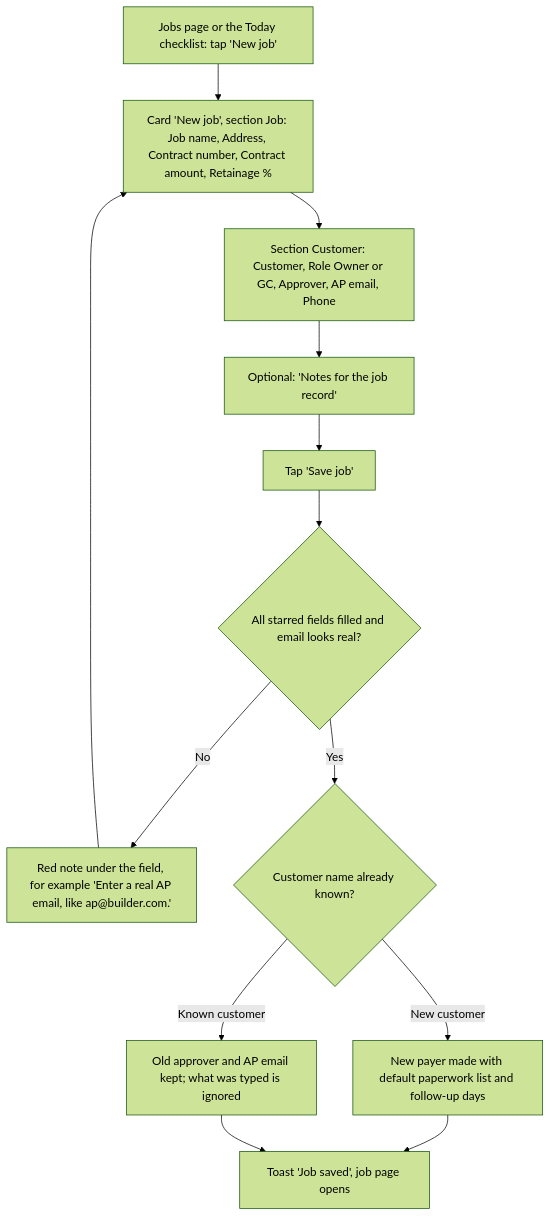
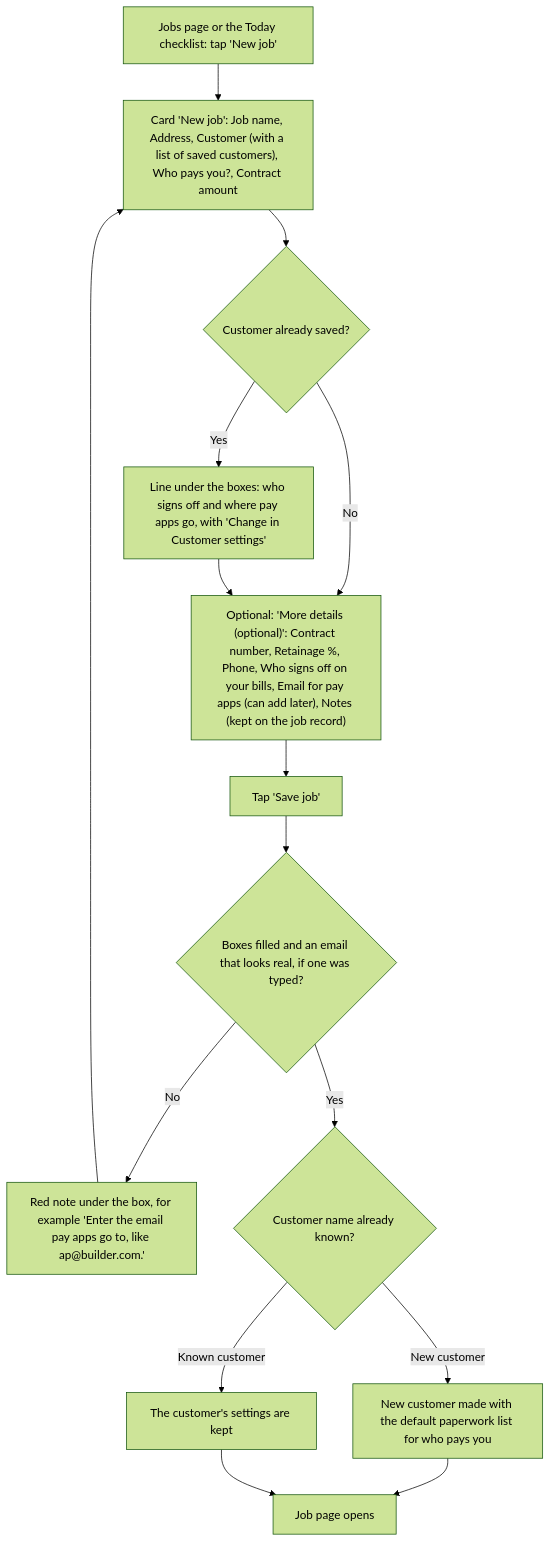
Before and after one commit to cartwrightstephen/billdable: the third of 15 diagrams in docs/client-flows.md, drawn with Mermaid (forest theme). The commit also changed other lines of this file and 15 other files, not shown here.

First line of the commit message:
Round 6: R6-11 wireframes and flows caught up with the app

````diff
--- a/docs/client-flows.md
+++ b/docs/client-flows.md
@@ -117,15 +117,17 @@
 ```mermaid
 flowchart TD
-    A["Jobs page or the Today checklist: tap 'New job'"] --> B["Card 'New job', section Job: Job name, Address, Contract number, Contract amount, Retainage %"]
-    B --> C["Section Customer: Customer, Role Owner or GC, Approver, AP email, Phone"]
-    C --> D["Optional: 'Notes for the job record'"]
+    A["Jobs page or the Today checklist: tap 'New job'"] --> B["Card 'New job': Job name, Address, Customer (with a list of saved customers), Who pays you?, Contract amount"]
+    B --> C{"Customer already saved?"}
+    C -->|"Yes"| C1["Line under the boxes: who signs off and where pay apps go, with 'Change in Customer settings'"]
+    C -->|"No"| D
+    C1 --> D["Optional: 'More details (optional)': Contract number, Retainage %, Phone, Who signs off on your bills, Email for pay apps (can add later), Notes (kept on the job record)"]
     D --> E["Tap 'Save job'"]
-    E --> F{"All starred fields filled and email looks real?"}
-    F -->|"No"| G["Red note under the field, for example 'Enter a real AP email, like ap@builder.com.'"]
+    E --> F{"Boxes filled and an email that looks real, if one was typed?"}
+    F -->|"No"| G["Red note under the box, for example 'Enter the email pay apps go to, like ap@builder.com.'"]
     G --> B
     F -->|"Yes"| H{"Customer name already known?"}
-    H -->|"New customer"| I["New payer made with default paperwork list and follow-up days"]
-    H -->|"Known customer"| J["Old approver and AP email kept; what was typed is ignored"]
-    I --> K["Toast 'Job saved', job page opens"]
+    H -->|"New customer"| I["New customer made with the default paperwork list for who pays you"]
+    H -->|"Known customer"| J["The customer's settings are kept"]
+    I --> K["Job page opens"]
     J --> K
 ```
````
